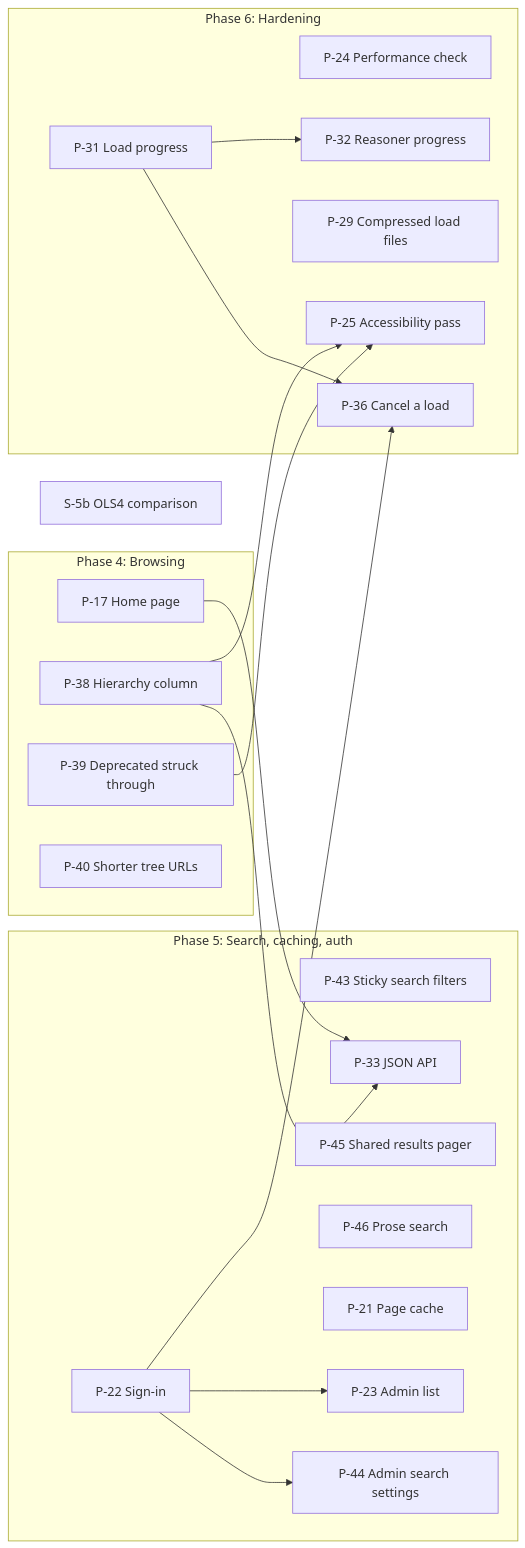
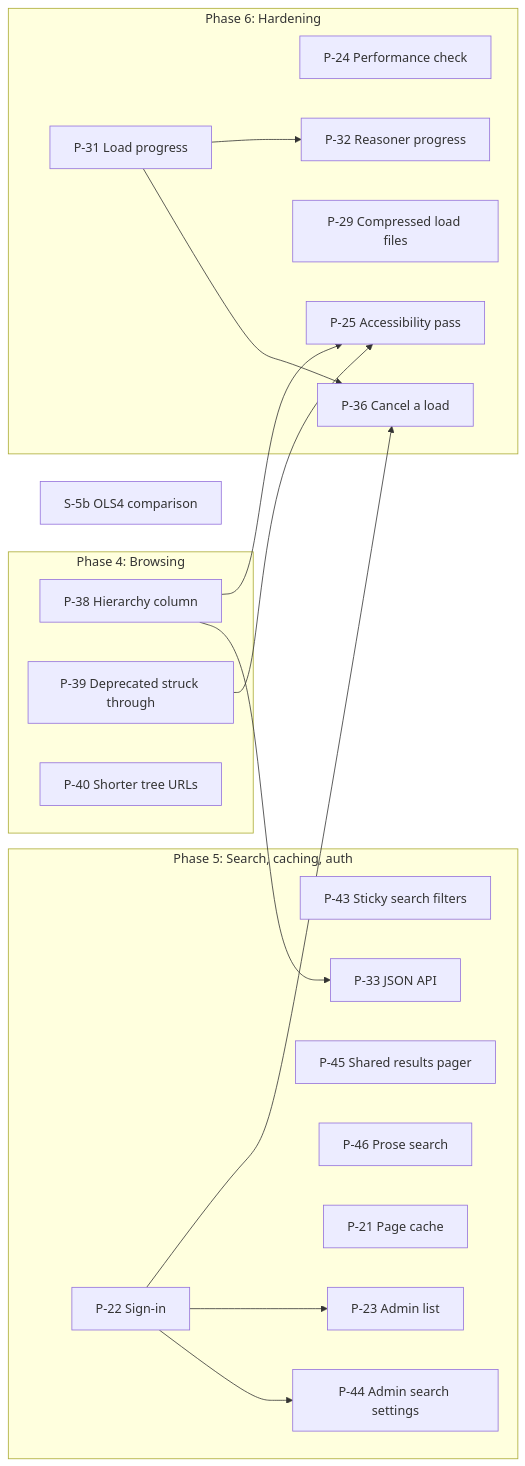
Before and after one commit to jclerman/browl: the diagram in docs/DESIGN.md, drawn with Mermaid. The commit also changed other lines of this file, not shown here.

Commit message:
DESIGN: mark P-17 done in the plan

````diff
--- a/docs/DESIGN.md
+++ b/docs/DESIGN.md
@@ -1966,35 +1966,34 @@
 ```mermaid
 flowchart LR
     subgraph P4["Phase 4: Browsing"]
-        P17["P-17 Home page"]
         P38["P-38 Hierarchy column"]
         P39["P-39 Deprecated struck through"]
         P40["P-40 Shorter tree URLs"]
     end
     subgraph P5["Phase 5: Search, caching, auth"]
         P43["P-43 Sticky search filters"]
         P44["P-44 Admin search settings"]
         P45["P-45 Shared results pager"]
         P46["P-46 Prose search"]
         P21["P-21 Page cache"]
         P22["P-22 Sign-in"]
         P23["P-23 Admin list"]
         P33["P-33 JSON API"]
     end
     subgraph P6["Phase 6: Hardening"]
         P24["P-24 Performance check"]
         P25["P-25 Accessibility pass"]
         P29["P-29 Compressed load files"]
         P31["P-31 Load progress"]
         P32["P-32 Reasoner progress"]
         P36["P-36 Cancel a load"]
     end
     S5b["S-5b OLS4 comparison"]
 
-    P17 & P38 --> P33
+    P38 --> P33
     P38 & P39 --> P25
     P22 --> P44
     P22 --> P23
     P22 & P31 --> P36
     P31 --> P32
 ```
````
